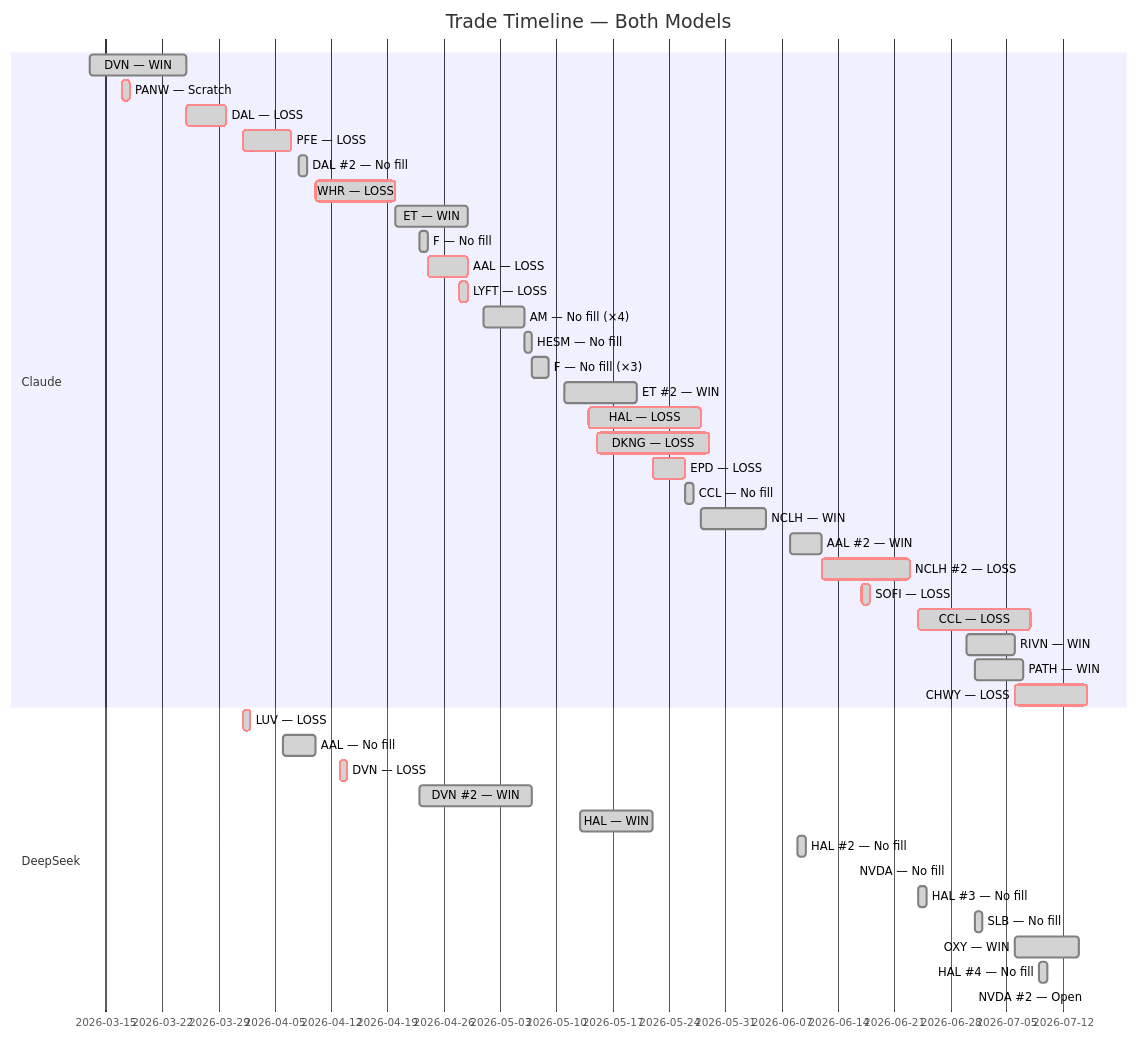
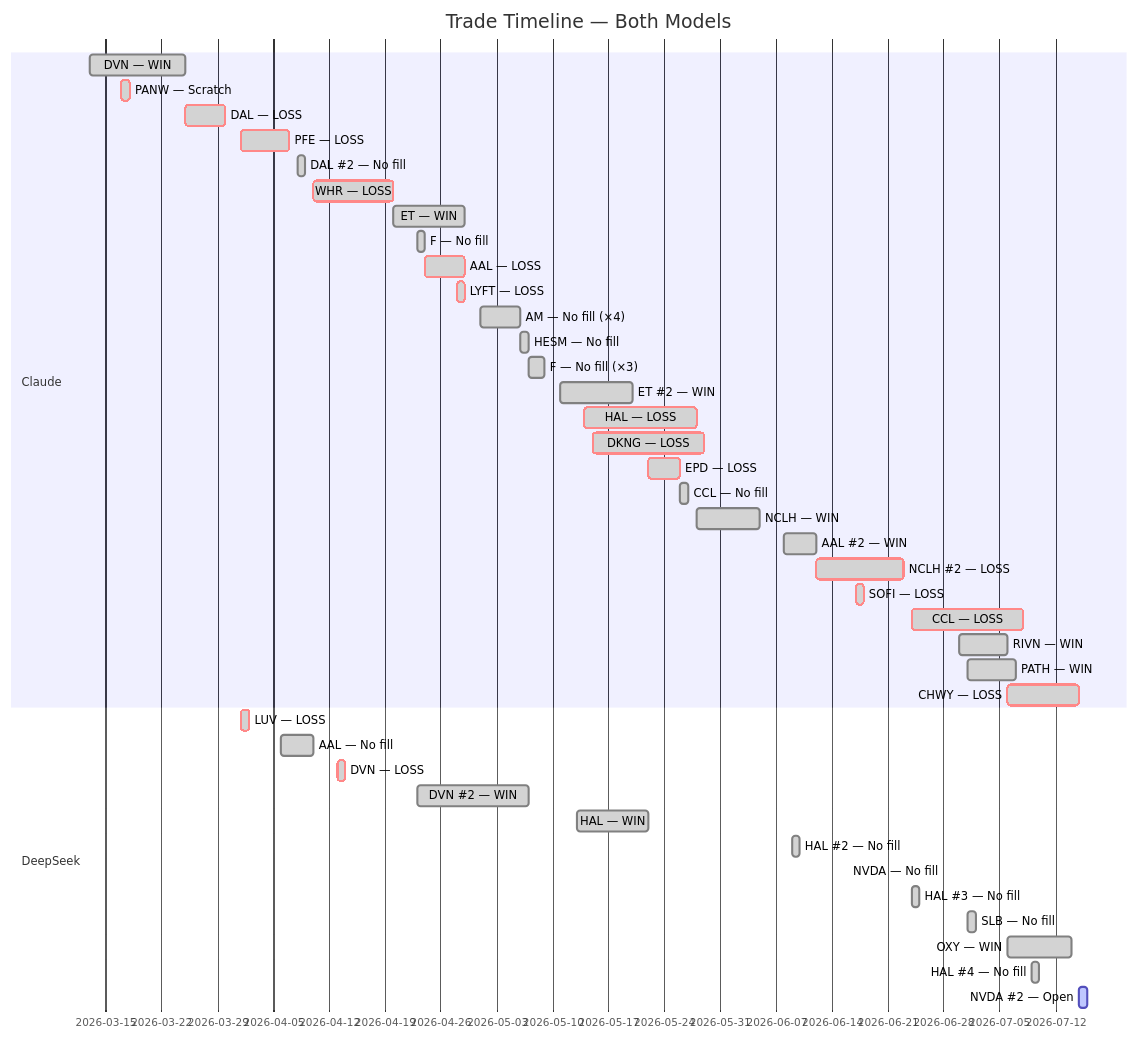
Before and after one commit to zachisit/ai-auto-buy-thesis: the fifth of 5 diagrams in README.md, drawn with Mermaid. The commit also changed other lines of this file and 1 other file, not shown here.

````diff
--- a/README.md
+++ b/README.md
@@ -63,45 +63,45 @@
 ```mermaid
 gantt
     title Trade Timeline — Both Models
     dateFormat YYYY-MM-DD
     section Claude
     DVN — WIN            :done,    2026-03-13, 2026-03-25
     PANW — Scratch       :crit, done, 2026-03-17, 2026-03-18
     DAL — LOSS           :crit, done, 2026-03-25, 2026-03-30
     PFE — LOSS           :crit, done, 2026-04-01, 2026-04-07
     DAL #2 — No fill     :done,    2026-04-08, 2026-04-09
     WHR — LOSS           :crit, done, 2026-04-10, 2026-04-20
     ET — WIN             :done,    2026-04-20, 2026-04-29
     F — No fill          :done,    2026-04-23, 2026-04-24
     AAL — LOSS           :crit, done, 2026-04-24, 2026-04-29
     LYFT — LOSS          :crit, done, 2026-04-28, 2026-04-29
     AM — No fill (×4)    :done,    2026-05-01, 2026-05-06
     HESM — No fill       :done,    2026-05-06, 2026-05-07
     F — No fill (×3)     :done,    2026-05-07, 2026-05-09
     ET #2 — WIN          :done,    2026-05-11, 2026-05-20
     HAL — LOSS           :crit, done, 2026-05-14, 2026-05-28
     DKNG — LOSS          :crit, done, 2026-05-15, 2026-05-29
     EPD — LOSS           :crit, done, 2026-05-22, 2026-05-26
     CCL — No fill        :done,    2026-05-26, 2026-05-27
     NCLH — WIN           :done,    2026-05-28, 2026-06-05
     AAL #2 — WIN         :done,    2026-06-08, 2026-06-12
     NCLH #2 — LOSS       :crit, done, 2026-06-12, 2026-06-23
     SOFI — LOSS          :crit, done, 2026-06-17, 2026-06-18
     CCL — LOSS           :crit, done, 2026-06-24, 2026-07-08
     RIVN — WIN           :done,    2026-06-30, 2026-07-06
     PATH — WIN           :done,    2026-07-01, 2026-07-07
     CHWY — LOSS          :crit, done, 2026-07-06, 2026-07-15
     section DeepSeek
     LUV — LOSS           :crit, done, 2026-04-01, 2026-04-02
     AAL — No fill        :done,    2026-04-06, 2026-04-10
     DVN — LOSS           :crit, done, 2026-04-13, 2026-04-14
     DVN #2 — WIN         :done,    2026-04-23, 2026-05-07
     HAL — WIN            :done,    2026-05-13, 2026-05-22
     HAL #2 — No fill    :done,    2026-06-09, 2026-06-10
     NVDA — No fill      :done,    2026-06-16, 2026-06-16
     HAL #3 — No fill    :done,    2026-06-24, 2026-06-25
     SLB — No fill        :done,    2026-07-01, 2026-07-02
     OXY — WIN            :done,    2026-07-06, 2026-07-14
     HAL #4 — No fill    :done,    2026-07-09, 2026-07-10
-    NVDA #2 — Open       :active,  2026-07-15, 2026-07-15
+    NVDA #2 — Open       :active,  2026-07-15, 2026-07-16
 ```
````
